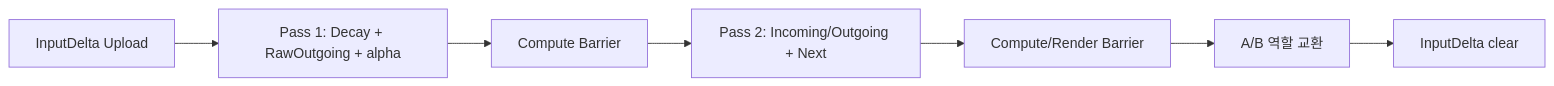
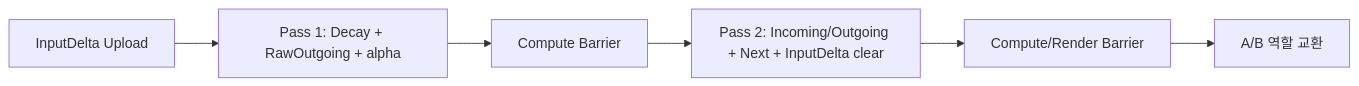
Before and after one commit to Yonaim/Material-Dependent-Surface-State-Engine: the second of 2 diagrams in Docs/MDSSP-Vault/05_Development/Notes/0003_Surface-State-GPU-Resource.md, drawn with Mermaid. The commit also changed other lines of this file and 12 other files, not shown here.

````diff
--- a/Docs/MDSSP-Vault/05_Development/Notes/0003_Surface-State-GPU-Resource.md
+++ b/Docs/MDSSP-Vault/05_Development/Notes/0003_Surface-State-GPU-Resource.md
@@ -197,9 +197,8 @@
 ```mermaid
 flowchart LR
   Input[InputDelta Upload] --> P1[Pass 1: Decay + RawOutgoing + alpha]
   P1 --> B1[Compute Barrier]
-  B1 --> P2[Pass 2: Incoming/Outgoing + Next]
+  B1 --> P2[Pass 2: Incoming/Outgoing + Next + InputDelta clear]
   P2 --> B2[Compute/Render Barrier]
   B2 --> Swap[A/B 역할 교환]
-  Swap --> Clear[InputDelta clear]
 ```
````
